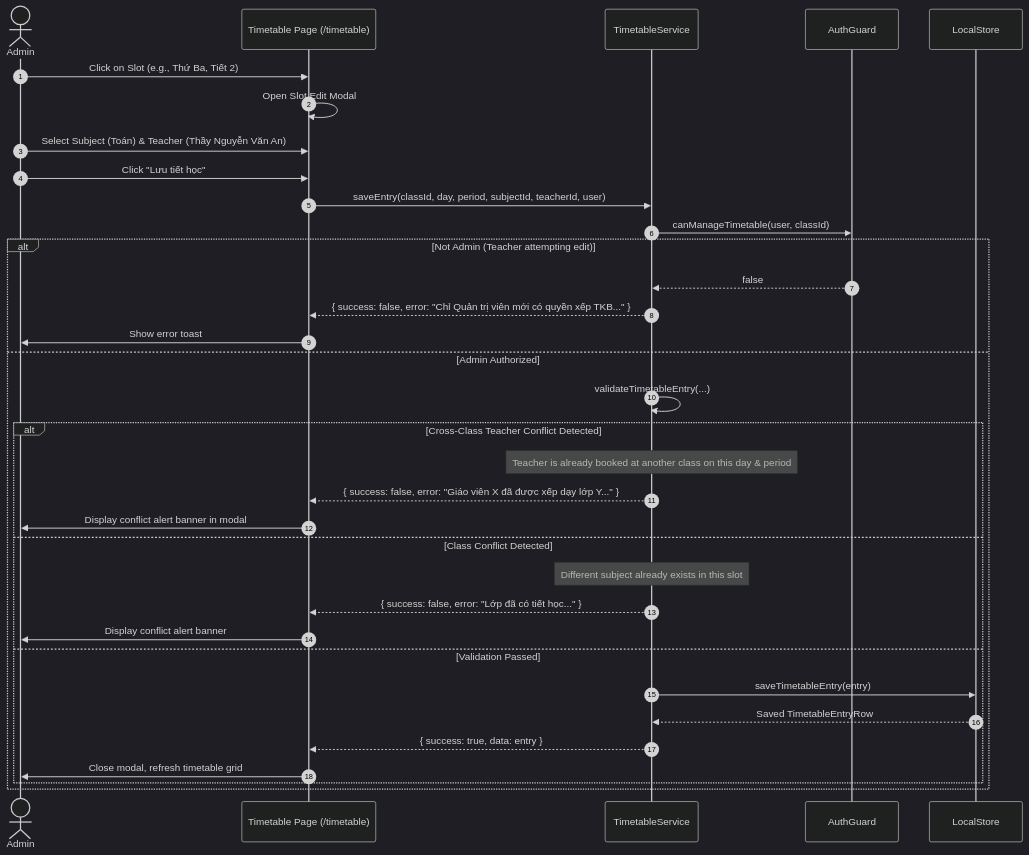
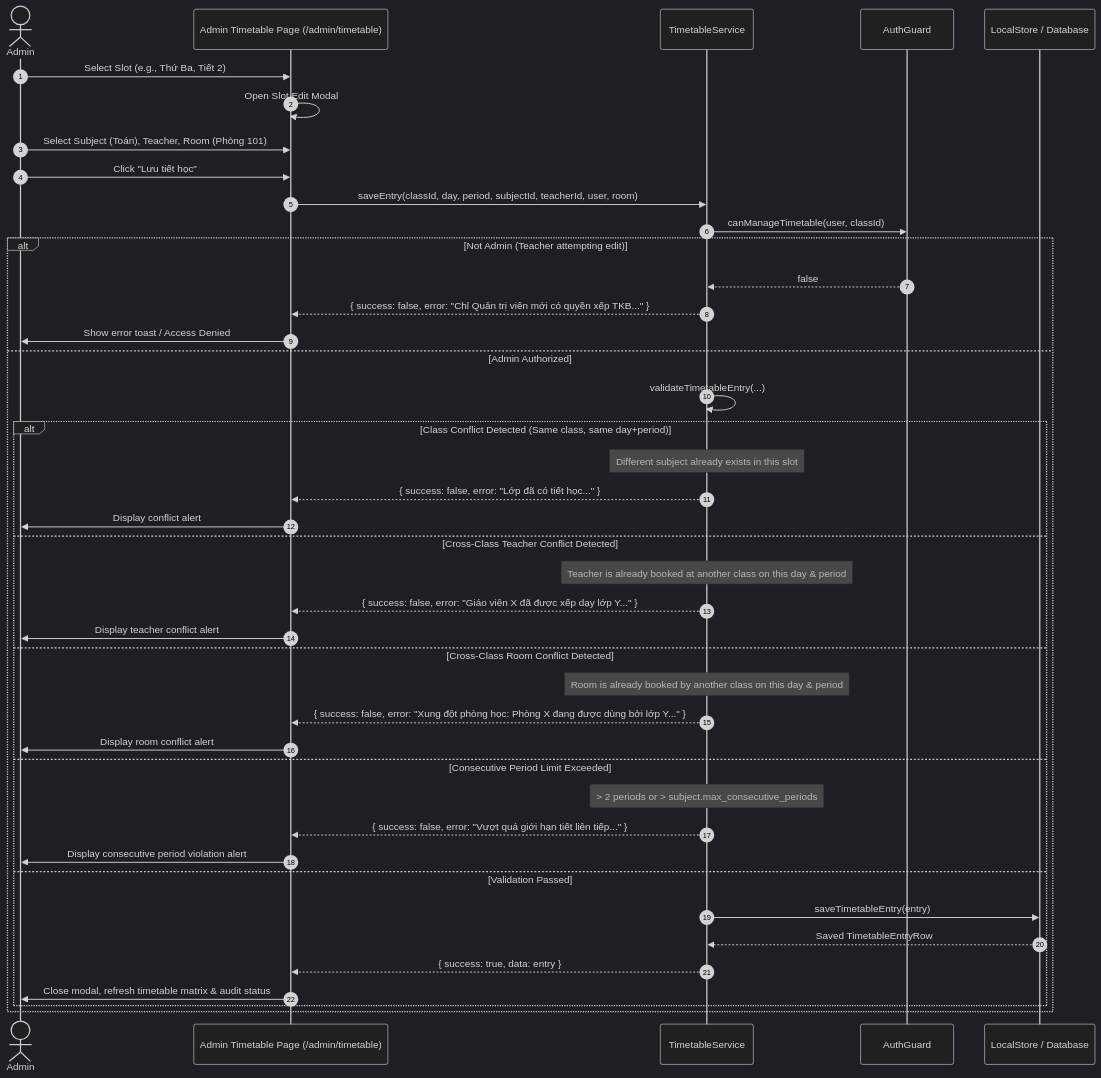
The diagram in docs/workflows/timetable.md (tranhohoangvu/class-manager), drawn with Mermaid (dark theme) before and after one commit. The commit also changed other lines of this file and 22 other files, not shown here.

Commit message:
feat(timetable): implement admin timetable management, scheduling rules, and audit engine

````diff
--- a/docs/workflows/timetable.md
+++ b/docs/workflows/timetable.md
@@ -7,40 +7,48 @@
 ```mermaid
 sequenceDiagram
     autonumber
     actor Admin
-    participant UI as Timetable Page (/timetable)
+    participant UI as Admin Timetable Page (/admin/timetable)
     participant TimetableSvc as TimetableService
     participant Guard as AuthGuard
-    participant Store as LocalStore
+    participant Store as LocalStore / Database
 
-    Admin->>UI: Click on Slot (e.g., Thứ Ba, Tiết 2)
+    Admin->>UI: Select Slot (e.g., Thứ Ba, Tiết 2)
     UI->>UI: Open Slot Edit Modal
-    Admin->>UI: Select Subject (Toán) & Teacher (Thầy Nguyễn Văn An)
+    Admin->>UI: Select Subject (Toán), Teacher, Room (Phòng 101)
     Admin->>UI: Click "Lưu tiết học"
 
-    UI->>TimetableSvc: saveEntry(classId, day, period, subjectId, teacherId, user)
+    UI->>TimetableSvc: saveEntry(classId, day, period, subjectId, teacherId, user, room)
     TimetableSvc->>Guard: canManageTimetable(user, classId)
 
     alt Not Admin (Teacher attempting edit)
         Guard-->>TimetableSvc: false
         TimetableSvc-->>UI: { success: false, error: "Chỉ Quản trị viên mới có quyền xếp TKB..." }
-        UI->>Admin: Show error toast
+        UI->>Admin: Show error toast / Access Denied
     else Admin Authorized
         TimetableSvc->>TimetableSvc: validateTimetableEntry(...)
 
-        alt Cross-Class Teacher Conflict Detected
+        alt Class Conflict Detected (Same class, same day+period)
+            Note over TimetableSvc: Different subject already exists in this slot
+            TimetableSvc-->>UI: { success: false, error: "Lớp đã có tiết học..." }
+            UI->>Admin: Display conflict alert
+        else Cross-Class Teacher Conflict Detected
             Note over TimetableSvc: Teacher is already booked at another class on this day & period
             TimetableSvc-->>UI: { success: false, error: "Giáo viên X đã được xếp dạy lớp Y..." }
-            UI->>Admin: Display conflict alert banner in modal
-        else Class Conflict Detected
-            Note over TimetableSvc: Different subject already exists in this slot
-            TimetableSvc-->>UI: { success: false, error: "Lớp đã có tiết học..." }
-            UI->>Admin: Display conflict alert banner
+            UI->>Admin: Display teacher conflict alert
+        else Cross-Class Room Conflict Detected
+            Note over TimetableSvc: Room is already booked by another class on this day & period
+            TimetableSvc-->>UI: { success: false, error: "Xung đột phòng học: Phòng X đang được dùng bởi lớp Y..." }
+            UI->>Admin: Display room conflict alert
+        else Consecutive Period Limit Exceeded
+            Note over TimetableSvc: > 2 periods or > subject.max_consecutive_periods
+            TimetableSvc-->>UI: { success: false, error: "Vượt quá giới hạn tiết liên tiếp..." }
+            UI->>Admin: Display consecutive period violation alert
         else Validation Passed
             TimetableSvc->>Store: saveTimetableEntry(entry)
             Store-->>TimetableSvc: Saved TimetableEntryRow
             TimetableSvc-->>UI: { success: true, data: entry }
-            UI->>Admin: Close modal, refresh timetable grid
+            UI->>Admin: Close modal, refresh timetable matrix & audit status
         end
     end
 ```
````
